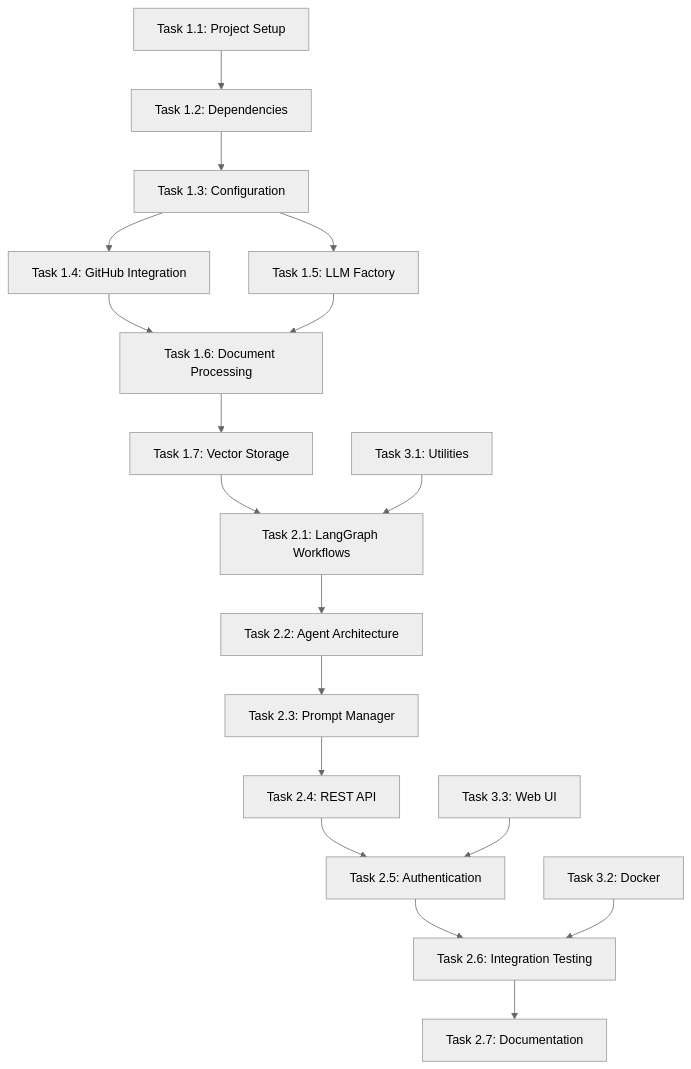
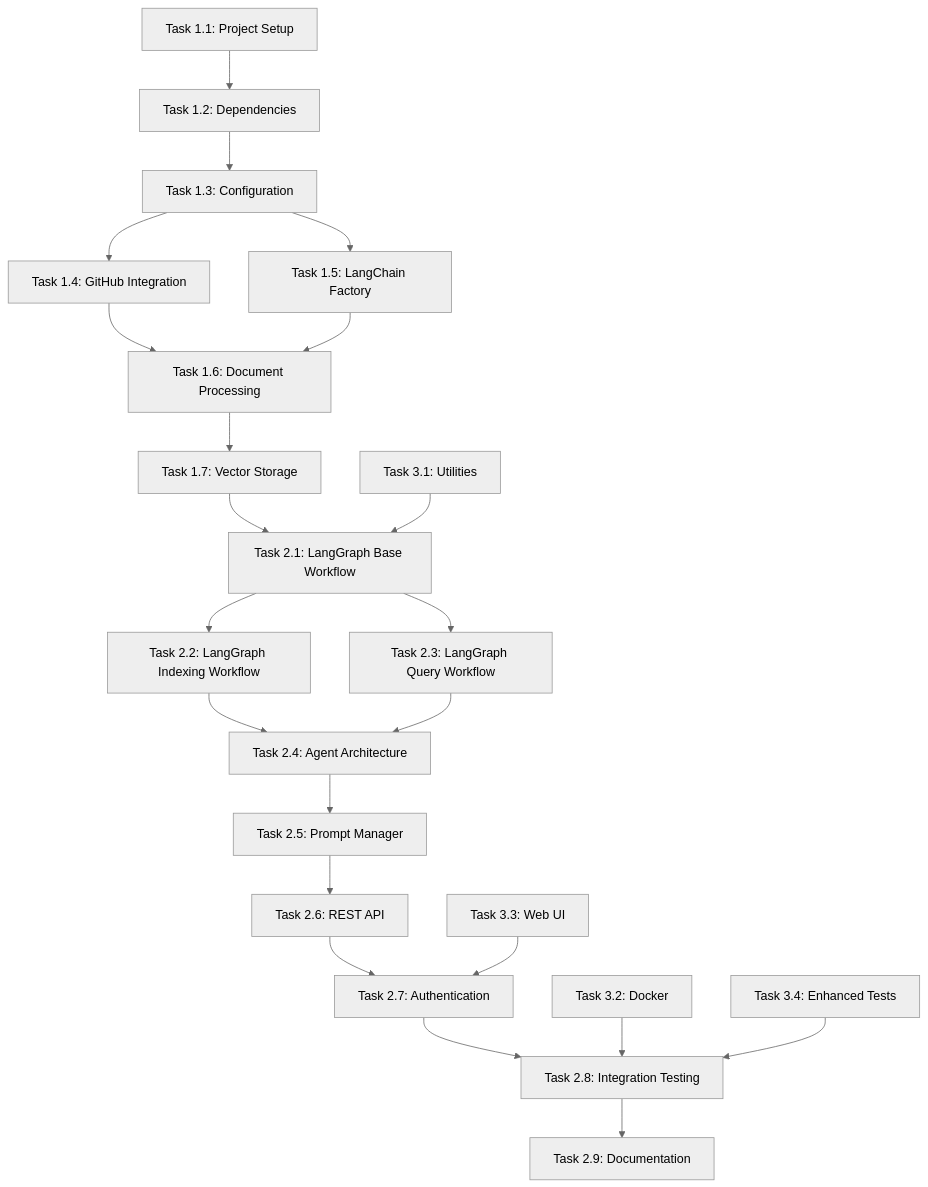
Before and after one commit to anhhai680/knowledge-graph-agent: the diagram in docs/todo-list.md, drawn with Mermaid (neutral theme). The commit also changed other lines of this file and 2 other files, not shown here.

````diff
--- a/docs/todo-list.md
+++ b/docs/todo-list.md
@@ -370,21 +548,25 @@
 ```mermaid
 graph TD
     A[Task 1.1: Project Setup] --> B[Task 1.2: Dependencies]
     B --> C[Task 1.3: Configuration]
     C --> D[Task 1.4: GitHub Integration]
-    C --> E[Task 1.5: LLM Factory]
+    C --> E[Task 1.5: LangChain Factory]
     D --> F[Task 1.6: Document Processing]
     E --> F
     F --> G[Task 1.7: Vector Storage]
-    G --> H[Task 2.1: LangGraph Workflows]
-    H --> I[Task 2.2: Agent Architecture]
-    I --> J[Task 2.3: Prompt Manager]
-    J --> K[Task 2.4: REST API]
-    K --> L[Task 2.5: Authentication]
-    L --> M[Task 2.6: Integration Testing]
-    M --> N[Task 2.7: Documentation]
+    G --> H[Task 2.1: LangGraph Base Workflow]
+    H --> I[Task 2.2: LangGraph Indexing Workflow]
+    H --> J[Task 2.3: LangGraph Query Workflow]
+    I --> K[Task 2.4: Agent Architecture]
+    J --> K
+    K --> L[Task 2.5: Prompt Manager]
+    L --> M[Task 2.6: REST API]
+    M --> N[Task 2.7: Authentication]
+    N --> O[Task 2.8: Integration Testing]
+    O --> P[Task 2.9: Documentation]
     
-    O[Task 3.1: Utilities] --> H
-    P[Task 3.2: Docker] --> M
-    Q[Task 3.3: Web UI] --> L
+    Q[Task 3.1: Utilities] --> H
+    R[Task 3.2: Docker] --> O
+    S[Task 3.3: Web UI] --> N
+    T[Task 3.4: Enhanced Tests] --> O
 ```
````
